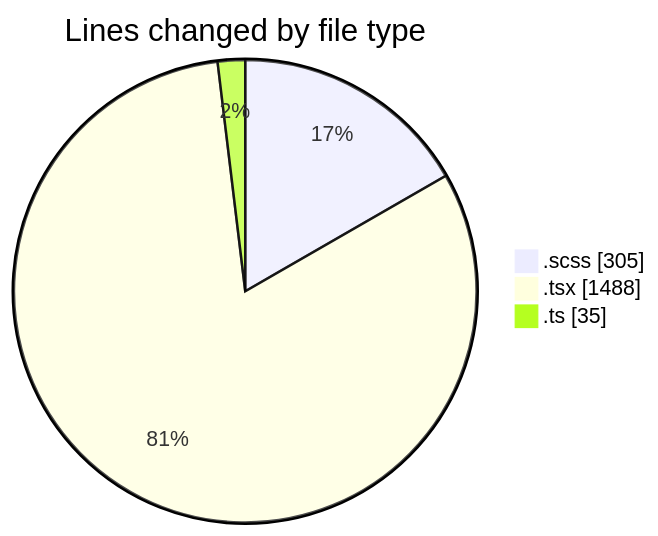
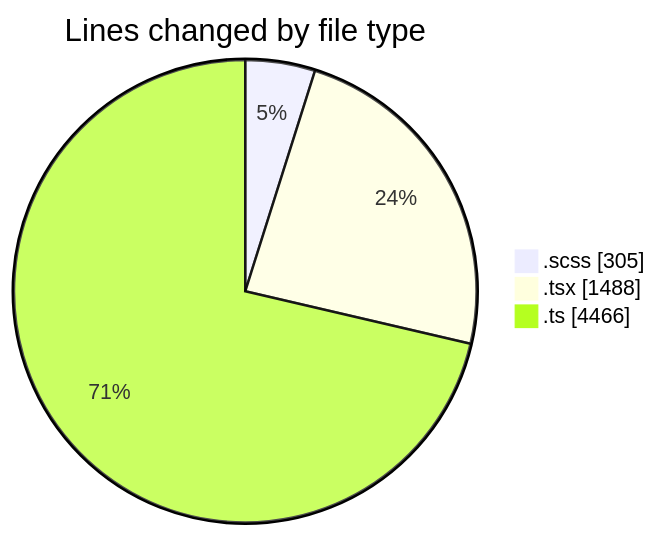
The first of 2 diagrams in 2025-03-04/cda/README.md (momahboobian/code-tracking), drawn with Mermaid before and after one commit. The commit also changed other lines of this file and 1 other file, not shown here.

````diff
--- a/2025-03-04/cda/README.md
+++ b/2025-03-04/cda/README.md
@@ -31,7 +32,7 @@
 ```mermaid
 pie showData
 title Lines changed by file type
 ".scss" : 305
 ".tsx" : 1488
-".ts" : 35
+".ts" : 4466
 ```
````
